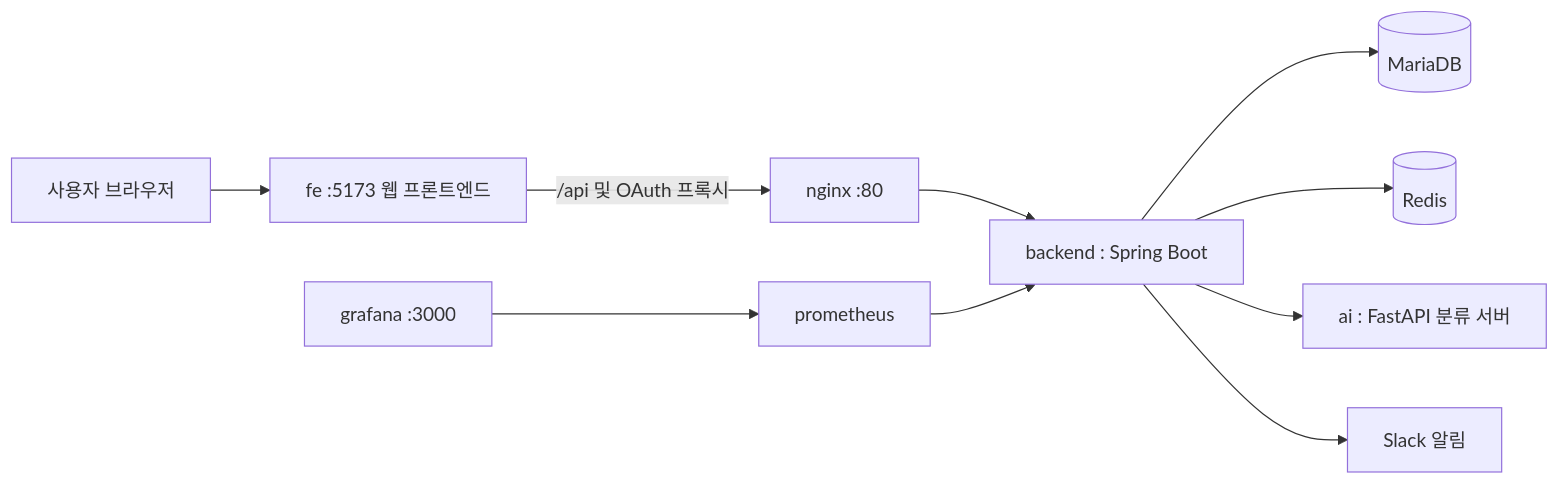
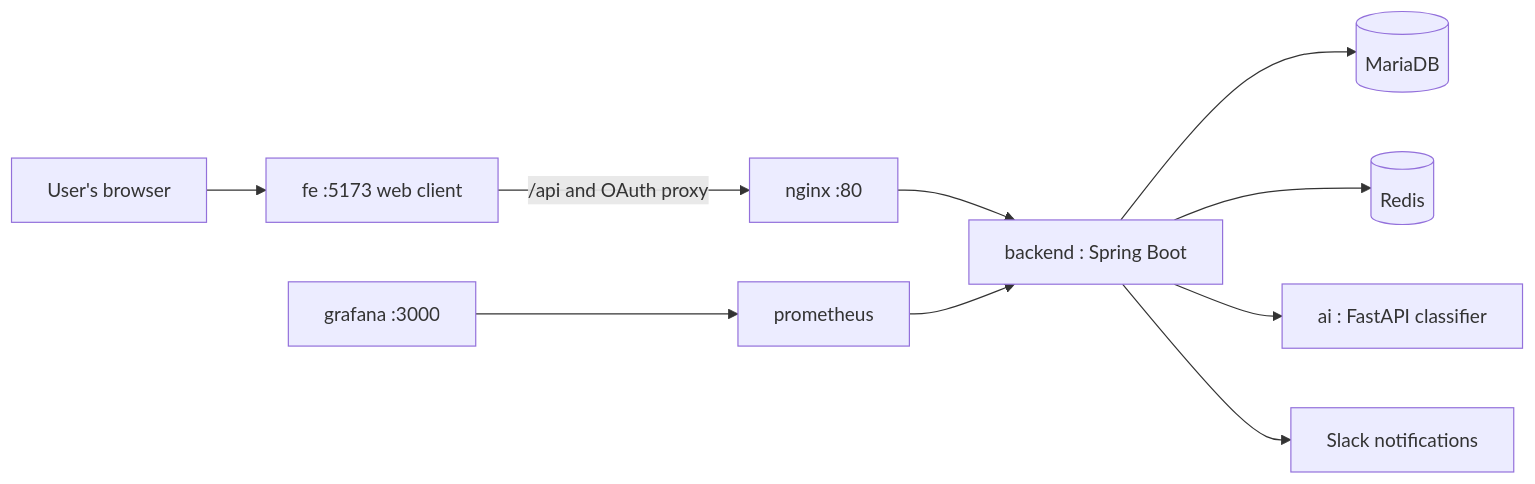
One commit to farmer0010/ft_transcendence changed the first of 2 diagrams in README.md. Above: the diagram before and after it, drawn with Mermaid. The commit also changed other lines of this file, not shown here.

````diff
--- a/README.md
+++ b/README.md
@@ -137,12 +148,12 @@
 ```mermaid
 flowchart LR
-    User[사용자 브라우저] --> Frontend[fe :5173 웹 프론트엔드]
-    Frontend -->|/api 및 OAuth 프록시| Nginx[nginx :80]
+    User[User's browser] --> Frontend[fe :5173 web client]
+    Frontend -->|/api and OAuth proxy| Nginx[nginx :80]
     Nginx --> Backend[backend : Spring Boot]
     Backend --> MariaDB[(MariaDB)]
     Backend --> Redis[(Redis)]
-    Backend --> AI[ai : FastAPI 분류 서버]
-    Backend --> Slack[Slack 알림]
+    Backend --> AI[ai : FastAPI classifier]
+    Backend --> Slack[Slack notifications]
     Prometheus[prometheus] --> Backend
     Grafana[grafana :3000] --> Prometheus
 ```
````
